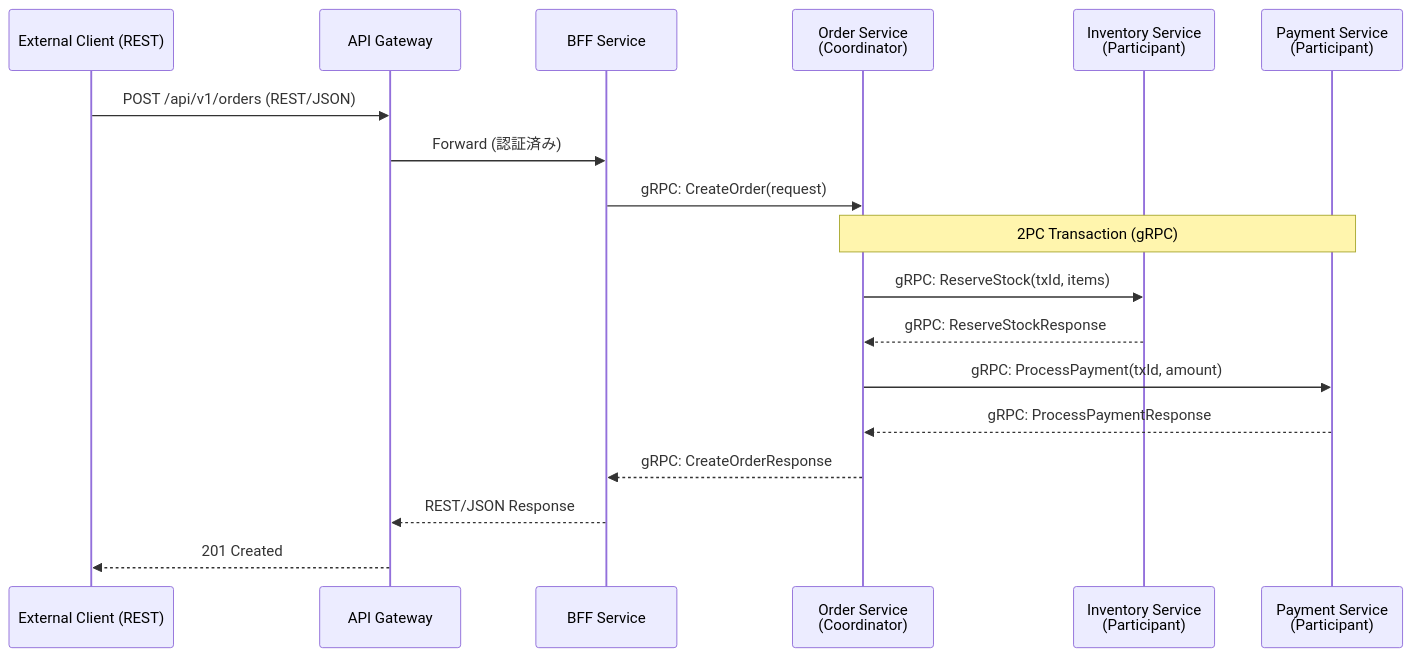
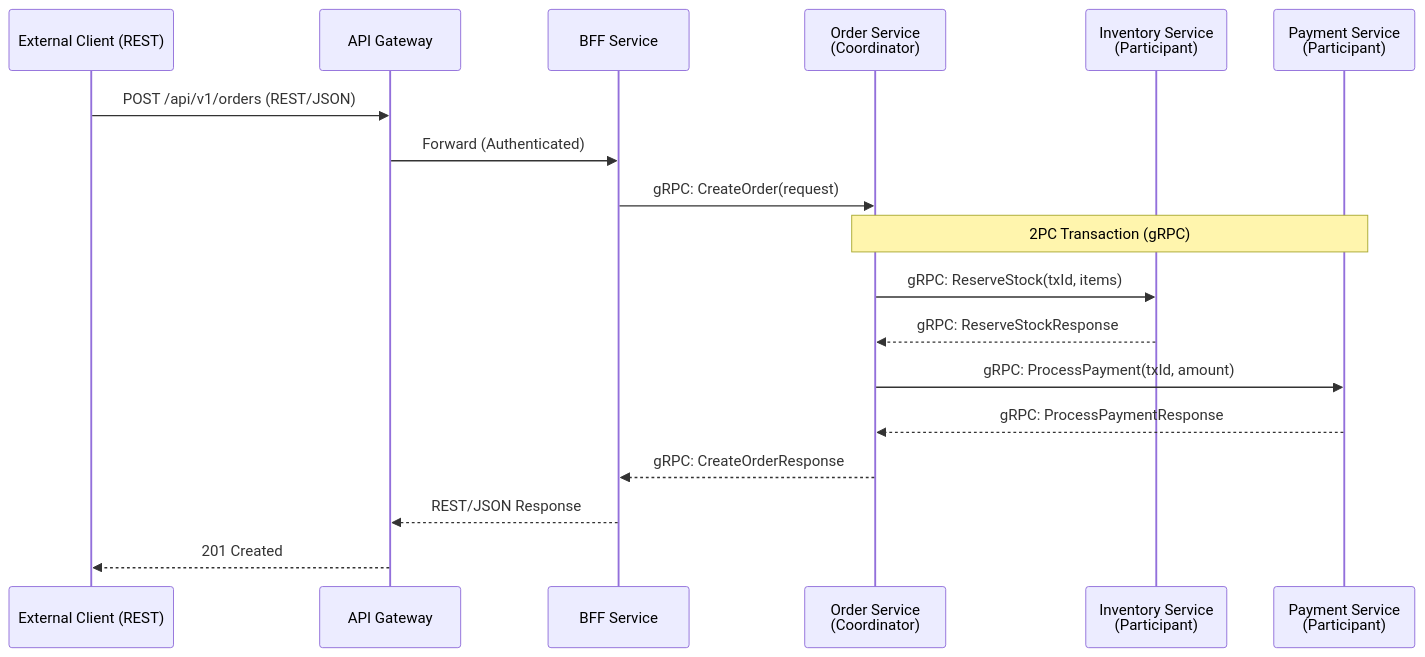
The second of 6 diagrams in workflow/greenfield/06_api_interface_design.md (wfukatsu/nexus-architect), drawn with Mermaid before and after one commit. The commit also changed other lines of this file and 6 other files, not shown here.

````diff
--- a/workflow/greenfield/06_api_interface_design.md
+++ b/workflow/greenfield/06_api_interface_design.md
@@ -87,23 +87,23 @@
 ```mermaid
 sequenceDiagram
     participant Client as External Client (REST)
     participant GW as API Gateway
     participant BFF as BFF Service
     participant Coord as Order Service<br/>(Coordinator)
     participant P1 as Inventory Service<br/>(Participant)
     participant P2 as Payment Service<br/>(Participant)
 
     Client->>GW: POST /api/v1/orders (REST/JSON)
-    GW->>BFF: Forward (認証済み)
+    GW->>BFF: Forward (Authenticated)
     BFF->>Coord: gRPC: CreateOrder(request)
 
     Note over Coord,P2: 2PC Transaction (gRPC)
     Coord->>P1: gRPC: ReserveStock(txId, items)
     P1-->>Coord: gRPC: ReserveStockResponse
     Coord->>P2: gRPC: ProcessPayment(txId, amount)
     P2-->>Coord: gRPC: ProcessPaymentResponse
 
     Coord-->>BFF: gRPC: CreateOrderResponse
     BFF-->>GW: REST/JSON Response
     GW-->>Client: 201 Created
 ```
````
